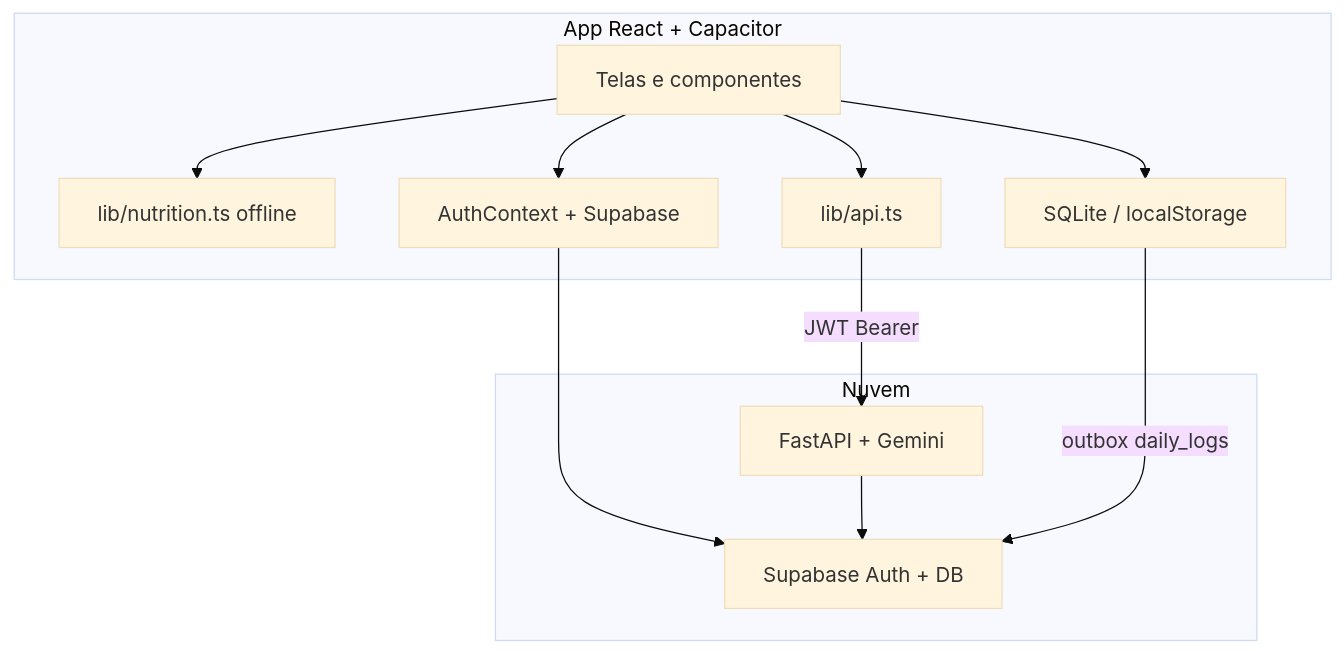
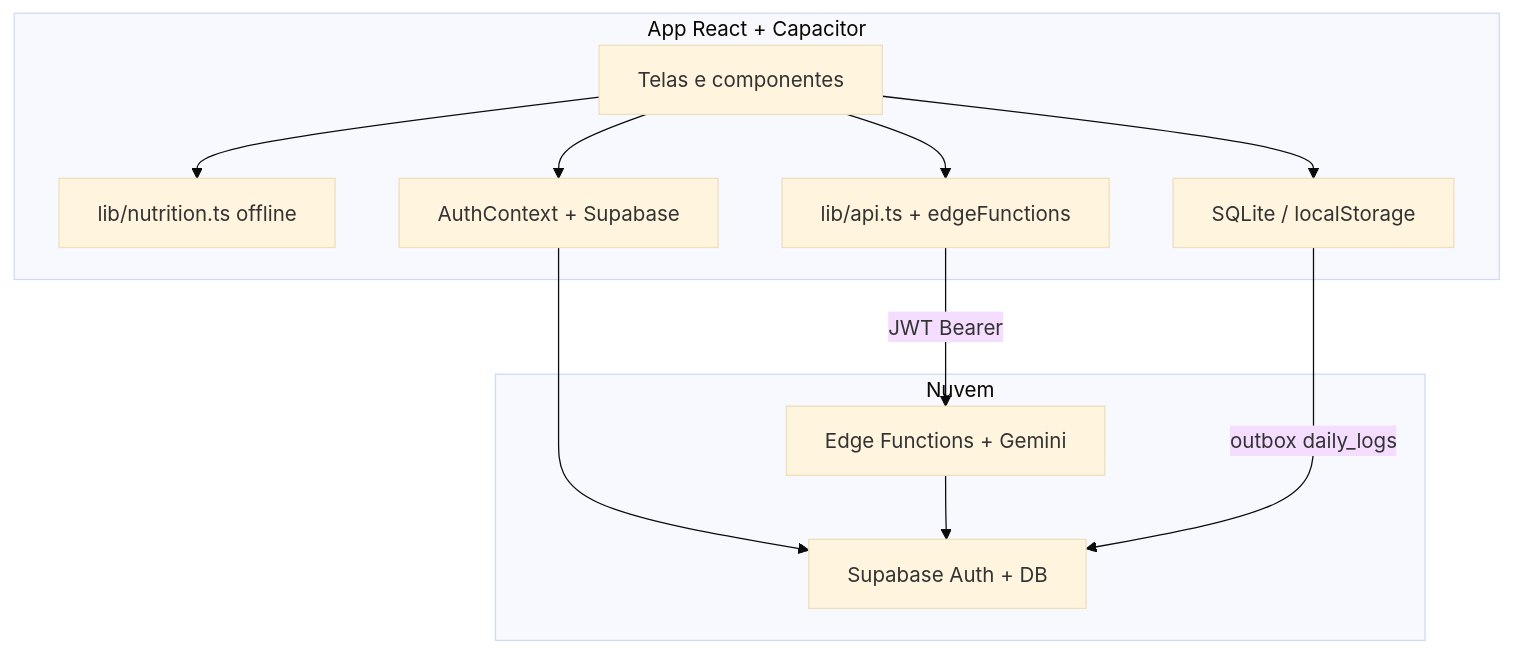
The diagram in docs/ARCHITECTURE.md (CRIZANTE1/NTRSL_AI), drawn with Mermaid (base theme) before and after one commit. The commit also changed other lines of this file and 30 other files, not shown here.

````diff
--- a/docs/ARCHITECTURE.md
+++ b/docs/ARCHITECTURE.md
@@ -5,24 +5,24 @@
 ```mermaid
 flowchart TB
     subgraph client [App React + Capacitor]
         UI[Telas e componentes]
         NutritionLib[lib/nutrition.ts offline]
-        ApiClient[lib/api.ts]
+        ApiClient[lib/api.ts + edgeFunctions]
         AuthCtx[AuthContext + Supabase]
         LocalDb[SQLite / localStorage]
     end
 
     subgraph cloud [Nuvem]
         Supabase[Supabase Auth + DB]
-        FastAPI[FastAPI + Gemini]
+        EdgeFn[Edge Functions + Gemini]
     end
 
     UI --> NutritionLib
     UI --> ApiClient
     UI --> AuthCtx
     UI --> LocalDb
     AuthCtx --> Supabase
-    ApiClient -->|"JWT Bearer"| FastAPI
-    FastAPI --> Supabase
+    ApiClient -->|"JWT Bearer"| EdgeFn
+    EdgeFn --> Supabase
     LocalDb -->|"outbox daily_logs"| Supabase
 ```
````
